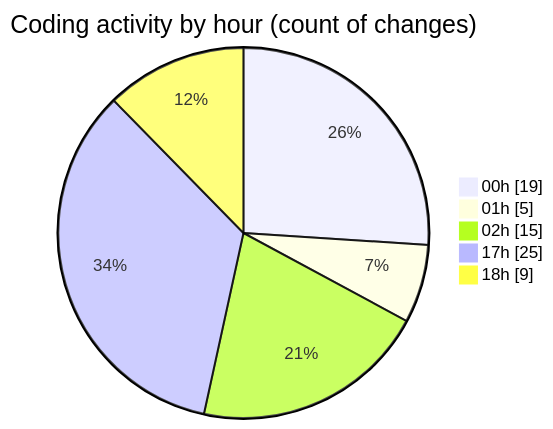
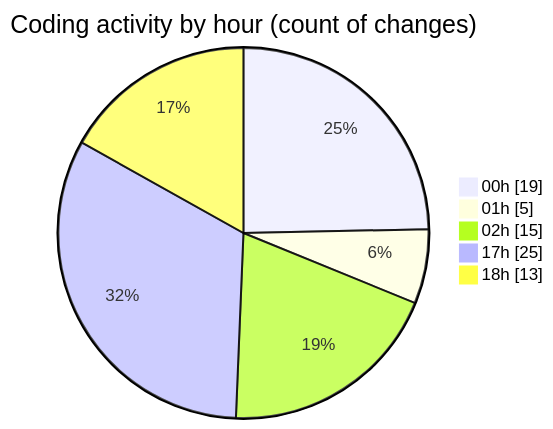
Before and after one commit to Elitesun/code-tracking: the second of 2 diagrams in 2025-02-14/elitegpt/README.md, drawn with Mermaid. The commit also changed other lines of this file and 1 other file, not shown here.

````diff
--- a/2025-02-14/elitegpt/README.md
+++ b/2025-02-14/elitegpt/README.md
@@ -44,9 +44,9 @@
 ```mermaid
 pie showData
 title Coding activity by hour (count of changes)
 "00h" : 19
 "01h" : 5
 "02h" : 15
 "17h" : 25
-"18h" : 9
+"18h" : 13
 ```
````
